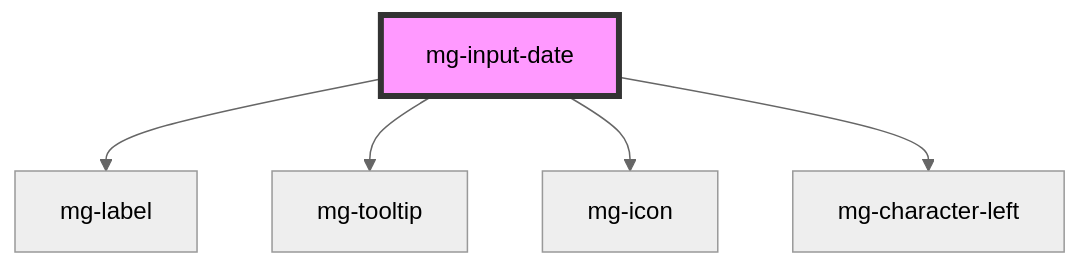
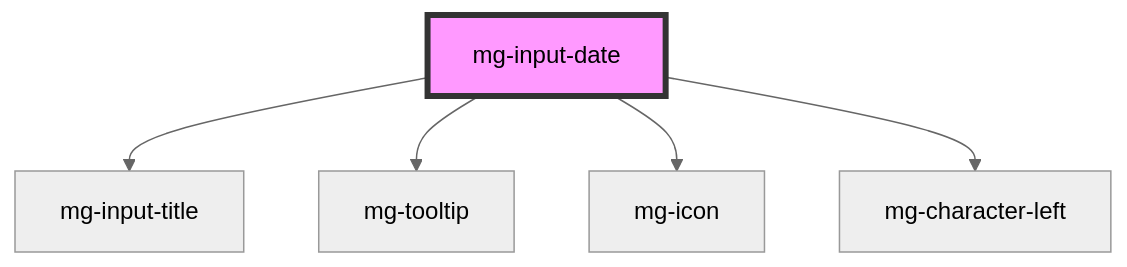
One commit to MGDIS/mg-components changed the diagram in src/components/molecules/inputs/mg-input-date/readme.md. Above: the diagram before and after it, drawn with Mermaid (neutral theme). The commit also changed other lines of this file and 52 other files, not shown here.

First line of the commit message:
feat(mg-input-radio): tests - [x] add e2e tests - [x] add test mg-input-title isFieldset tests - [x] rename mg-label to mg-input-title

````diff
--- a/src/components/molecules/inputs/mg-input-date/readme.md
+++ b/src/components/molecules/inputs/mg-input-date/readme.md
@@ -43,8 +43,8 @@
 ```mermaid
 graph TD;
-  mg-input-date --> mg-label
+  mg-input-date --> mg-input-title
   mg-input-date --> mg-tooltip
   mg-input-date --> mg-icon
   mg-input-date --> mg-character-left
   style mg-input-date fill:#f9f,stroke:#333,stroke-width:4px
 ```
````
